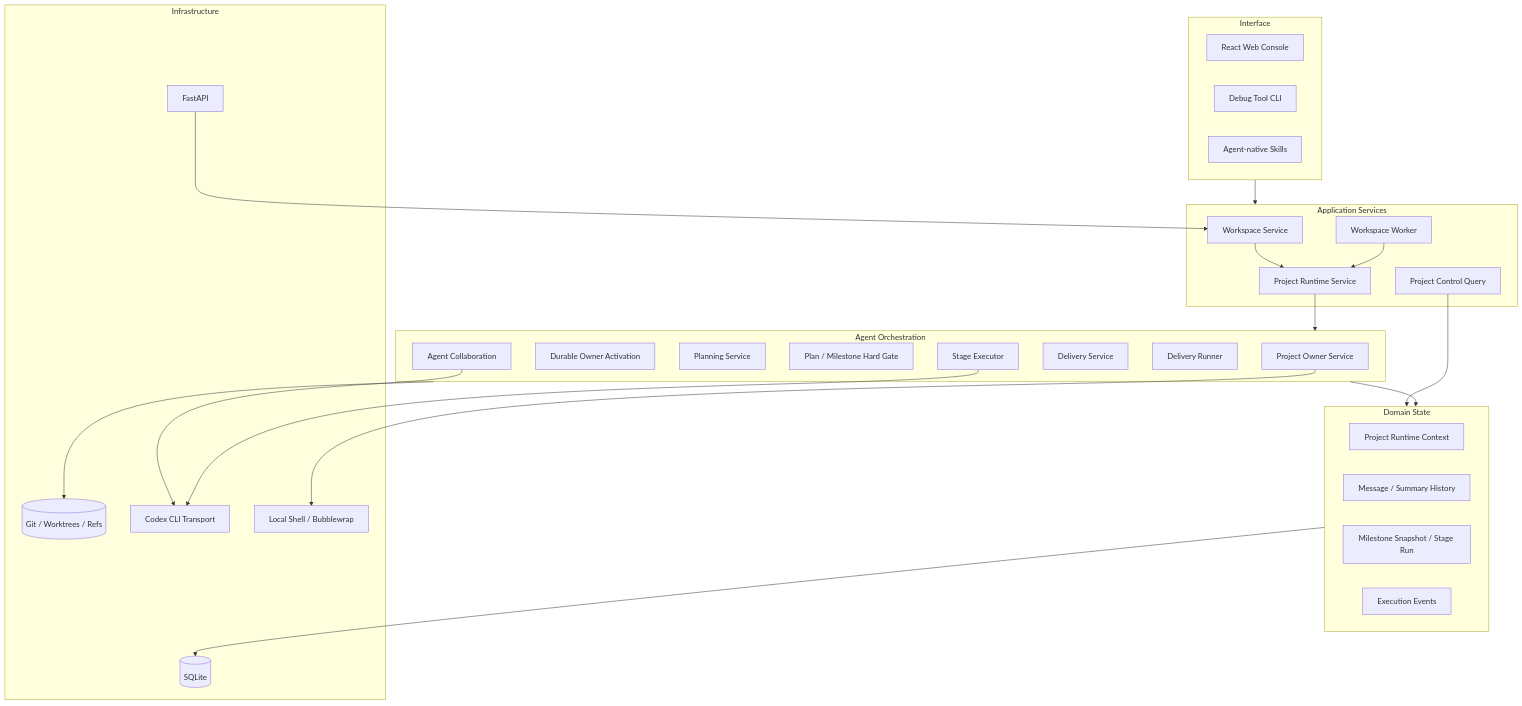
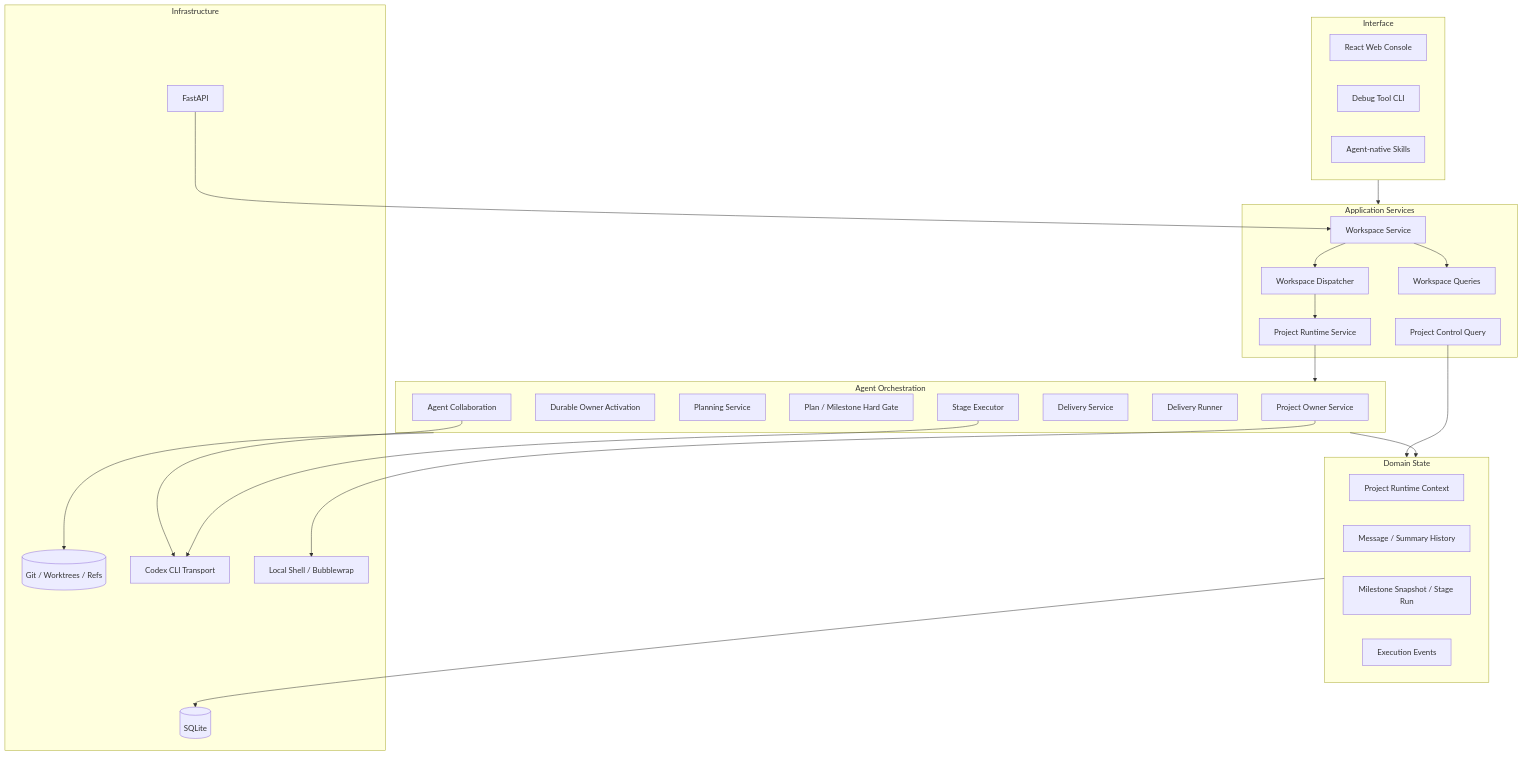
The second of 10 diagrams in docs/architecture.md (aowo-1345/AgentPanelX), drawn with Mermaid before and after one commit. The commit also changed other lines of this file and 24 other files, not shown here.

````diff
--- a/docs/architecture.md
+++ b/docs/architecture.md
@@ -65,54 +67,56 @@
 ```mermaid
 flowchart TB
     subgraph Interface[Interface]
         React[React Web Console]
         DebugCLI[Debug Tool CLI]
         SkillCLI[Agent-native Skills]
     end
 
     subgraph Application[Application Services]
         WorkspaceService[Workspace Service]
-        WorkspaceWorker[Workspace Worker]
+        WorkspaceDispatcher[Workspace Dispatcher]
+        WorkspaceQueries[Workspace Queries]
         ProjectRuntime[Project Runtime Service]
         ControlQuery[Project Control Query]
     end
 
     subgraph Orchestration[Agent Orchestration]
         OwnerService[Project Owner Service]
         Activation[Durable Owner Activation]
         Planning[Planning Service]
         HardGate[Plan / Milestone Hard Gate]
         Collaboration[Agent Collaboration]
         DeliveryService[Delivery Service]
         DeliveryRunner[Delivery Runner]
         StageExecutor[Stage Executor]
     end
 
     subgraph Domain[Domain State]
         Context[Project Runtime Context]
         Messages[Message / Summary History]
         Milestones[Milestone Snapshot / Stage Run]
         Events[Execution Events]
     end
 
     subgraph Infrastructure[Infrastructure]
         API[FastAPI]
         DB[(SQLite)]
         Git[(Git / Worktrees / Refs)]
         Codex[Codex CLI Transport]
         Sandbox[Local Shell / Bubblewrap]
     end
 
     Interface --> Application
-    WorkspaceService --> ProjectRuntime
-    WorkspaceWorker --> ProjectRuntime
+    WorkspaceService --> WorkspaceDispatcher
+    WorkspaceService --> WorkspaceQueries
+    WorkspaceDispatcher --> ProjectRuntime
     ProjectRuntime --> Orchestration
     ControlQuery --> Domain
     Orchestration --> Domain
     Domain --> DB
     Orchestration --> Git
     Collaboration --> Codex
     StageExecutor --> Codex
     OwnerService --> Sandbox
     API --> WorkspaceService
 ```
````
